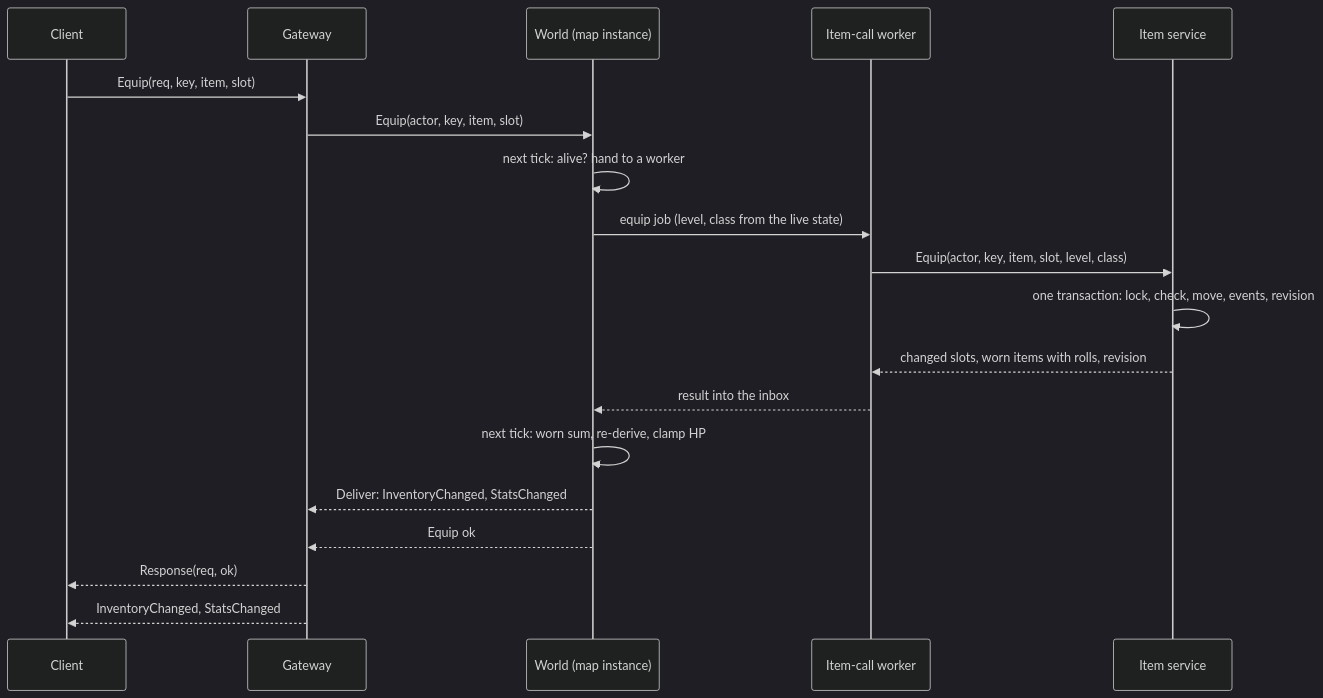
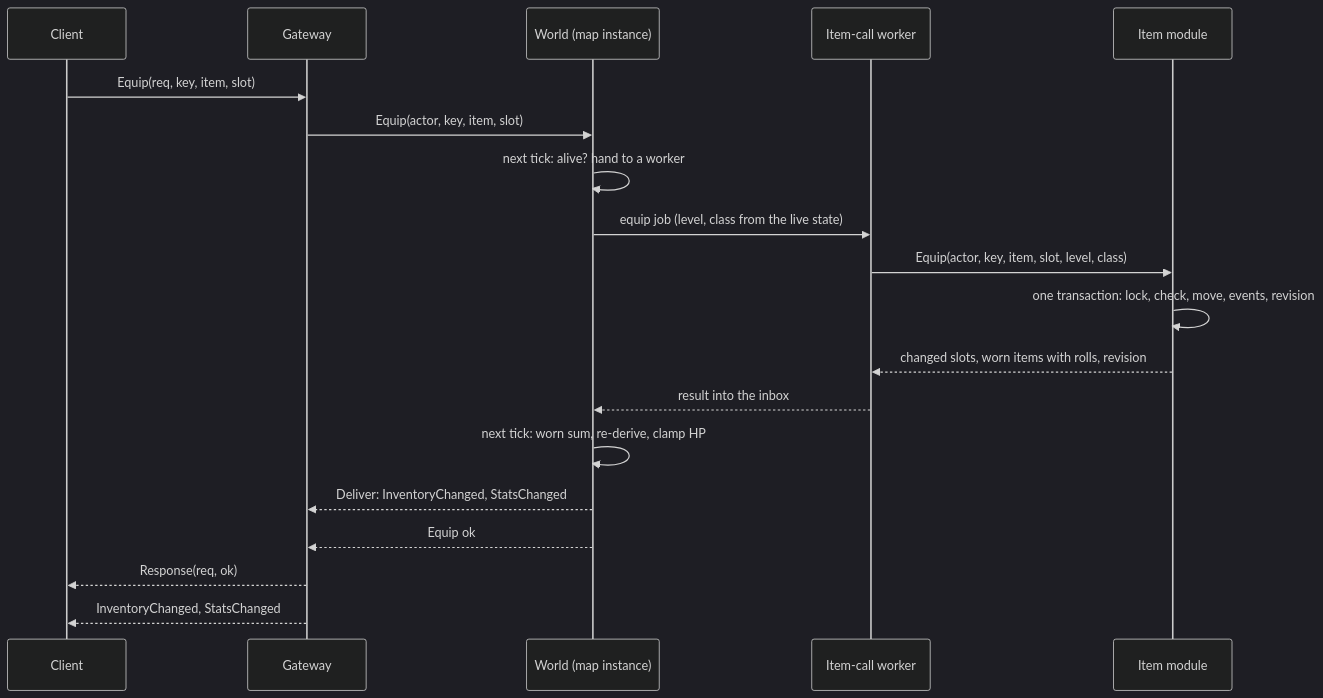
Before and after one commit to zranitm/finga: the diagram in docs/tech/equipment-and-item-details.md, drawn with Mermaid (dark theme). The commit also changed other lines of this file and 117 other files, not shown here.

````diff
--- a/docs/tech/equipment-and-item-details.md
+++ b/docs/tech/equipment-and-item-details.md
@@ -132,21 +132,21 @@
 ```mermaid
 sequenceDiagram
   participant C as Client
   participant G as Gateway
   participant W as World (map instance)
   participant P as Item-call worker
-  participant I as Item service
+  participant I as Item module
   C->>G: Equip(req, key, item, slot)
   G->>W: Equip(actor, key, item, slot)
   W->>W: next tick: alive? hand to a worker
   W->>P: equip job (level, class from the live state)
   P->>I: Equip(actor, key, item, slot, level, class)
   I->>I: one transaction: lock, check, move, events, revision
   I-->>P: changed slots, worn items with rolls, revision
   P-->>W: result into the inbox
   W->>W: next tick: worn sum, re-derive, clamp HP
   W-->>G: Deliver: InventoryChanged, StatsChanged
   W-->>G: Equip ok
   G-->>C: Response(req, ok)
   G-->>C: InventoryChanged, StatsChanged
 ```
````
